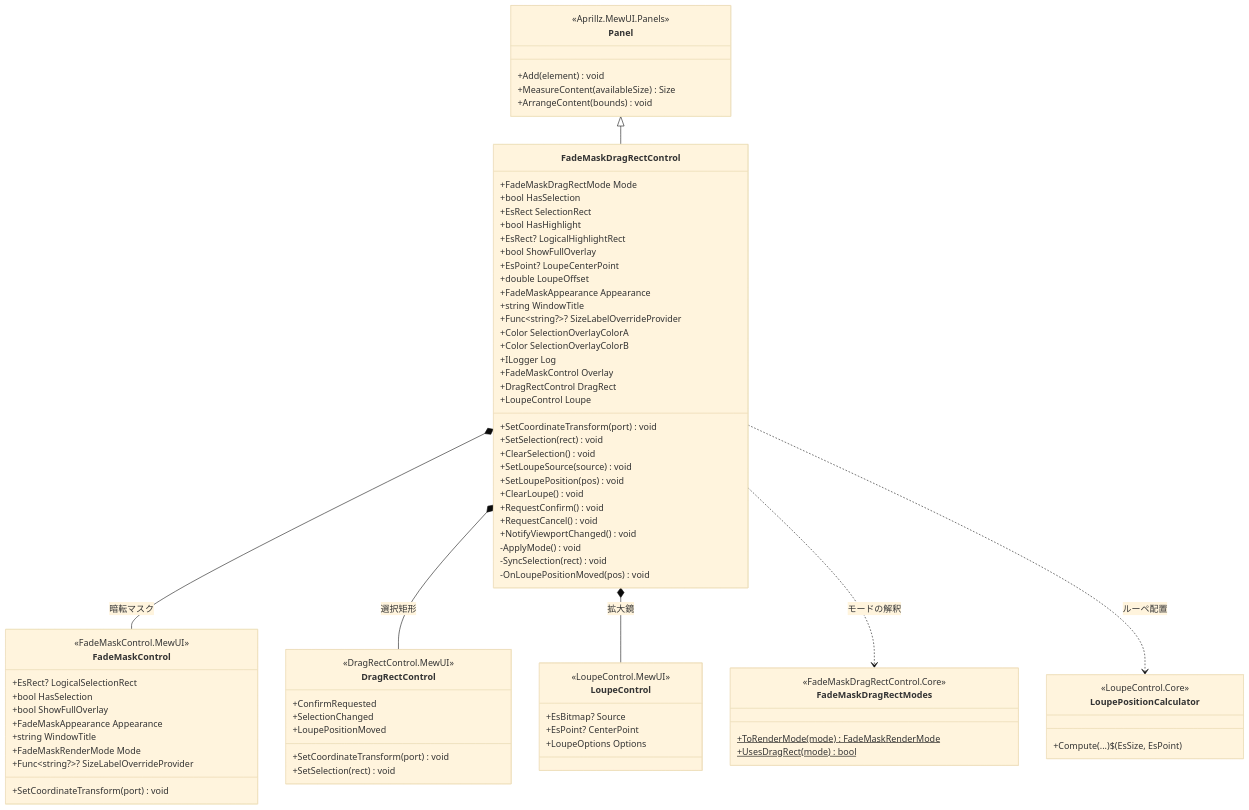
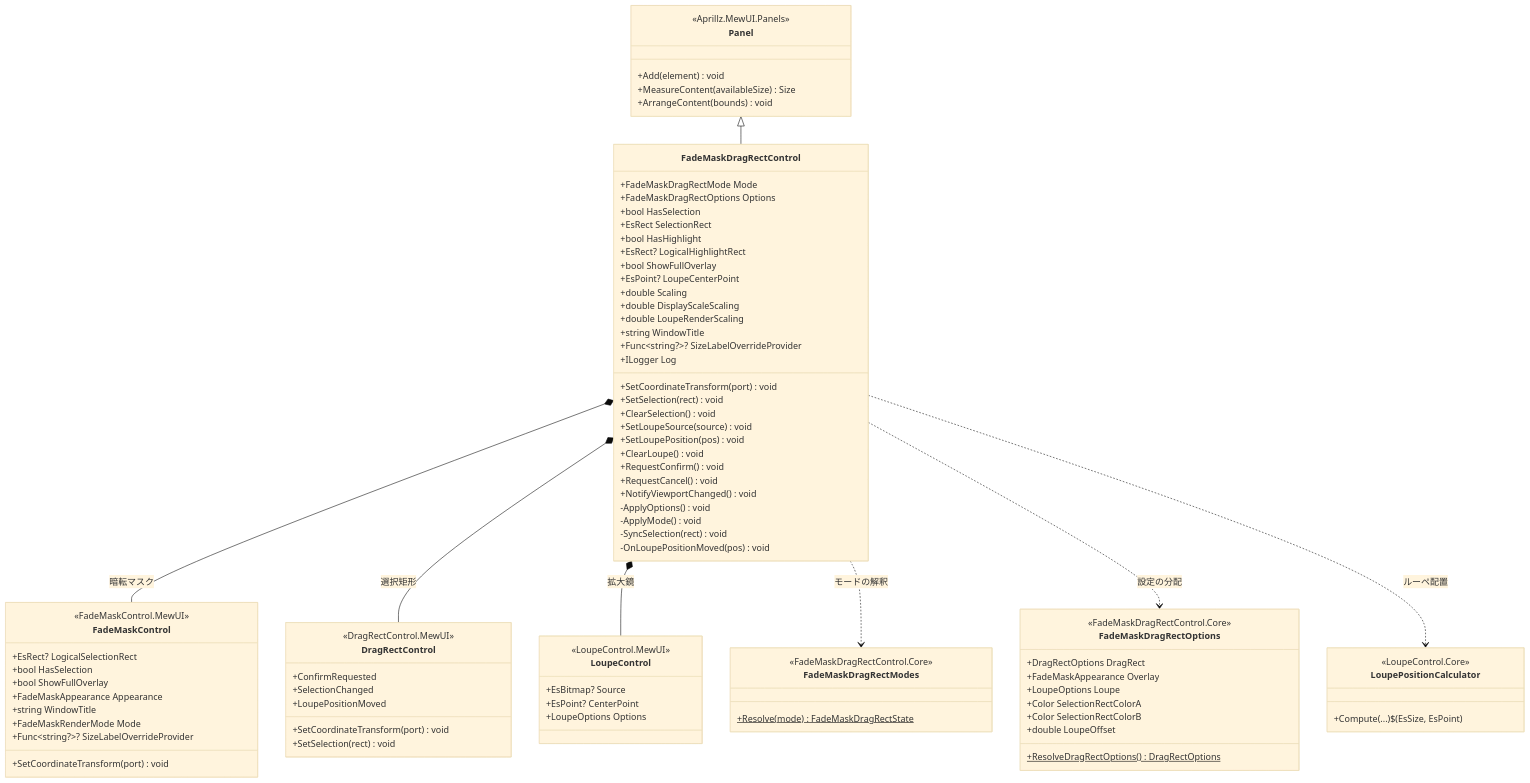
Before and after one commit to tomokuni/SaveEvidence: the first of 4 diagrams in src/FadeMaskDragRectControl.MewUI/SPEC_System.md, drawn with Mermaid (base theme). The commit also changed other lines of this file and 39 other files, not shown here.

````diff
--- a/src/FadeMaskDragRectControl.MewUI/SPEC_System.md
+++ b/src/FadeMaskDragRectControl.MewUI/SPEC_System.md
@@ -102,22 +102,19 @@
     }
     class FadeMaskDragRectControl {
         +FadeMaskDragRectMode Mode
+        +FadeMaskDragRectOptions Options
         +bool HasSelection
         +EsRect SelectionRect
         +bool HasHighlight
         +EsRect? LogicalHighlightRect
         +bool ShowFullOverlay
         +EsPoint? LoupeCenterPoint
-        +double LoupeOffset
-        +FadeMaskAppearance Appearance
+        +double Scaling
+        +double DisplayScaleScaling
+        +double LoupeRenderScaling
         +string WindowTitle
         +Func~string?~? SizeLabelOverrideProvider
-        +Color SelectionOverlayColorA
-        +Color SelectionOverlayColorB
         +ILogger Log
-        +FadeMaskControl Overlay
-        +DragRectControl DragRect
-        +LoupeControl Loupe
         +SetCoordinateTransform(port) void
         +SetSelection(rect) void
         +ClearSelection() void
@@ -127,6 +124,7 @@
         +RequestConfirm() void
         +RequestCancel() void
         +NotifyViewportChanged() void
+        -ApplyOptions() void
         -ApplyMode() void
         -SyncSelection(rect) void
         -OnLoupePositionMoved(pos) void
@@ -158,8 +156,17 @@
     }
     class FadeMaskDragRectModes {
         <<FadeMaskDragRectControl.Core>>
-        +ToRenderMode(mode)$ FadeMaskRenderMode
-        +UsesDragRect(mode)$ bool
+        +Resolve(mode)$ FadeMaskDragRectState
+    }
+    class FadeMaskDragRectOptions {
+        <<FadeMaskDragRectControl.Core>>
+        +DragRectOptions DragRect
+        +FadeMaskAppearance Overlay
+        +LoupeOptions Loupe
+        +Color SelectionRectColorA
+        +Color SelectionRectColorB
+        +double LoupeOffset
+        +ResolveDragRectOptions()$ DragRectOptions
     }
     class LoupePositionCalculator {
         <<LoupeControl.Core>>
@@ -171,5 +178,6 @@
     FadeMaskDragRectControl *-- DragRectControl : 選択矩形
     FadeMaskDragRectControl *-- LoupeControl : 拡大鏡
     FadeMaskDragRectControl ..> FadeMaskDragRectModes : モードの解釈
+    FadeMaskDragRectControl ..> FadeMaskDragRectOptions : 設定の分配
     FadeMaskDragRectControl ..> LoupePositionCalculator : ルーペ配置
 ```
````
